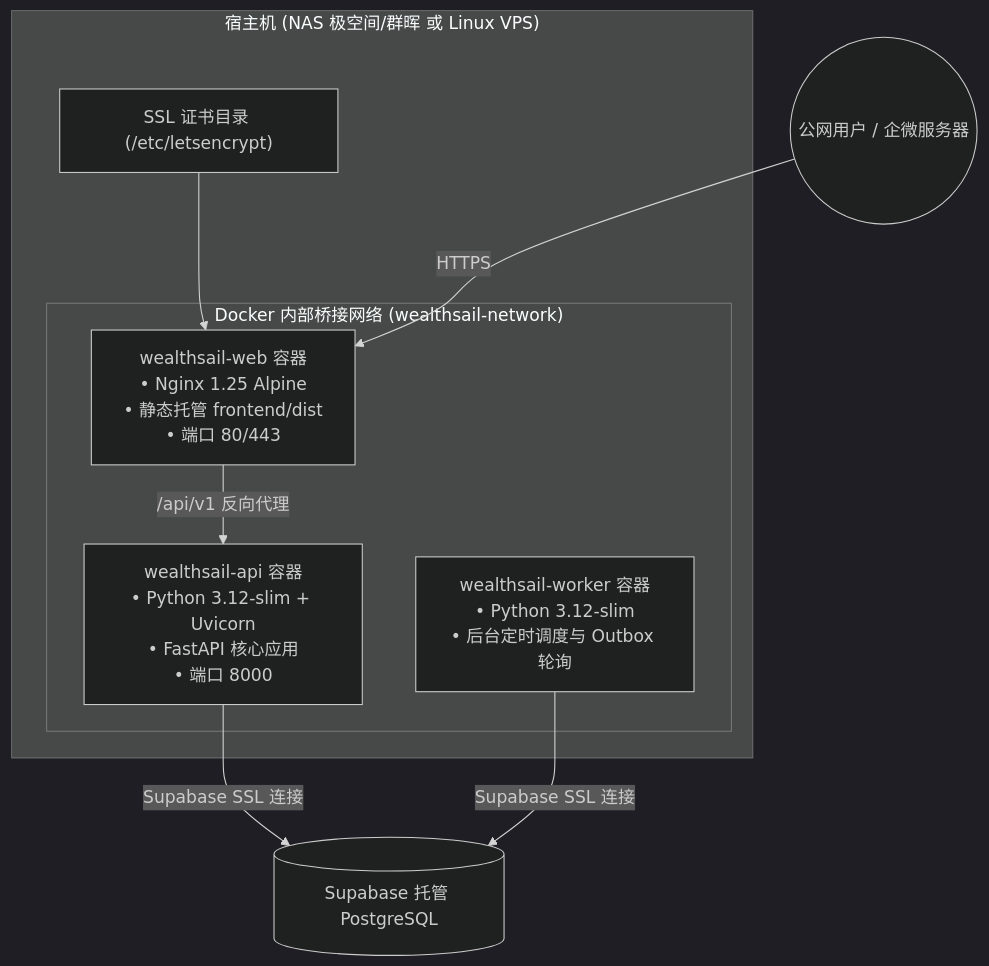
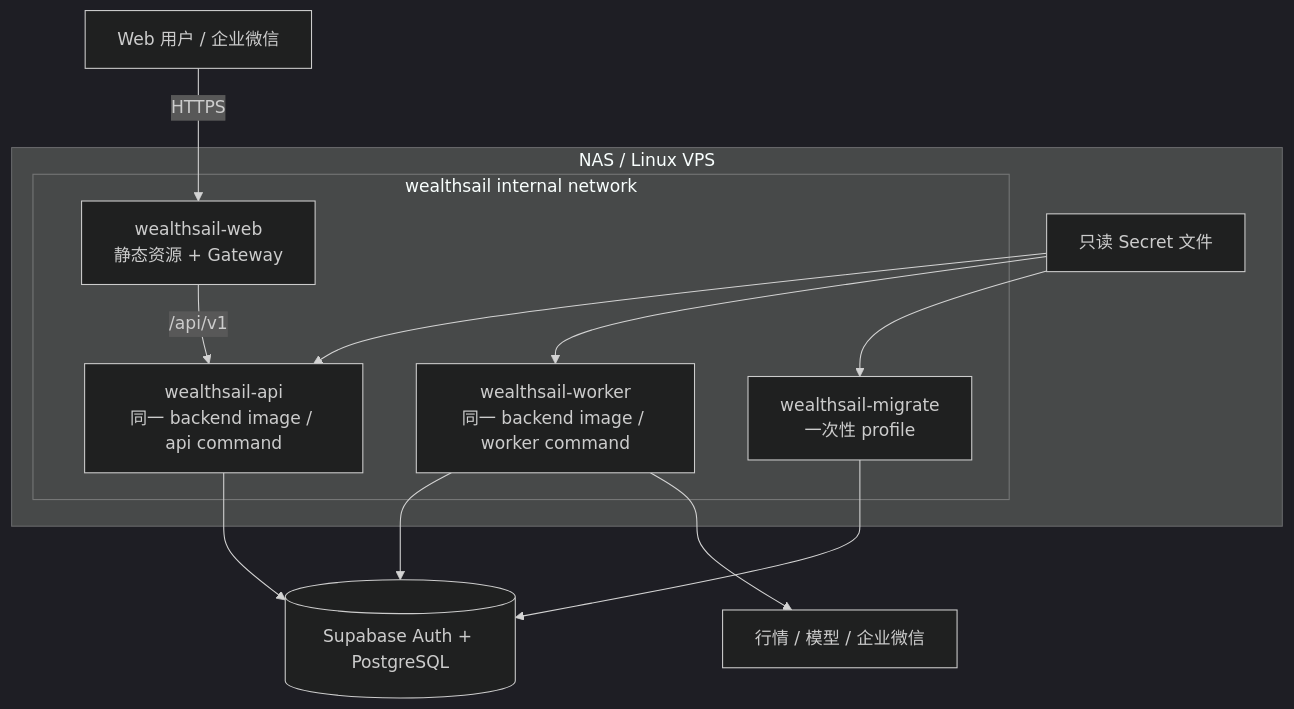
Before and after one commit to sinojelly/wealthsail: the sixth of 6 diagrams in docs/10.WealthSail-MVP前后端实现与系统部署规范.md, drawn with Mermaid (dark theme). The commit also changed other lines of this file and 1 other file, not shown here.

````diff
--- a/docs/10.WealthSail-MVP前后端实现与系统部署规范.md
+++ b/docs/10.WealthSail-MVP前后端实现与系统部署规范.md
@@ -275,16 +769,21 @@
 ```mermaid
 flowchart TB
-    subgraph Host["宿主机 (NAS 极空间/群晖 或 Linux VPS)"]
-        subgraph DockerNet["Docker 内部桥接网络 (wealthsail-network)"]
-            WebContainer["wealthsail-web 容器<br/>• Nginx 1.25 Alpine<br/>• 静态托管 frontend/dist<br/>• 端口 80/443"]
-            APIContainer["wealthsail-api 容器<br/>• Python 3.12-slim + Uvicorn<br/>• FastAPI 核心应用<br/>• 端口 8000"]
-            WorkerContainer["wealthsail-worker 容器<br/>• Python 3.12-slim<br/>• 后台定时调度与 Outbox 轮询"]
+    subgraph Host["NAS / Linux VPS"]
+        subgraph Net["wealthsail internal network"]
+            Web["wealthsail-web<br/>静态资源 + Gateway"]
+            API["wealthsail-api<br/>同一 backend image / api command"]
+            Worker["wealthsail-worker<br/>同一 backend image / worker command"]
+            Migrate["wealthsail-migrate<br/>一次性 profile"]
         end
-        SSLVol["SSL 证书目录 (/etc/letsencrypt)"] --> WebContainer
+        Secrets["只读 Secret 文件"] --> API
+        Secrets --> Worker
+        Secrets --> Migrate
     end
 
-    Internet(("公网用户 / 企微服务器")) -->|HTTPS| WebContainer
-    WebContainer -->|/api/v1 反向代理| APIContainer
-    APIContainer -->|Supabase SSL 连接| SupabaseCloud[("Supabase 托管 PostgreSQL")]
-    WorkerContainer -->|Supabase SSL 连接| SupabaseCloud
+    Internet["Web 用户 / 企业微信"] -->|HTTPS| Web
+    Web -->|/api/v1| API
+    API --> Supabase[("Supabase Auth + PostgreSQL")]
+    Worker --> Supabase
+    Migrate --> Supabase
+    Worker --> External["行情 / 模型 / 企业微信"]
 ```
````
